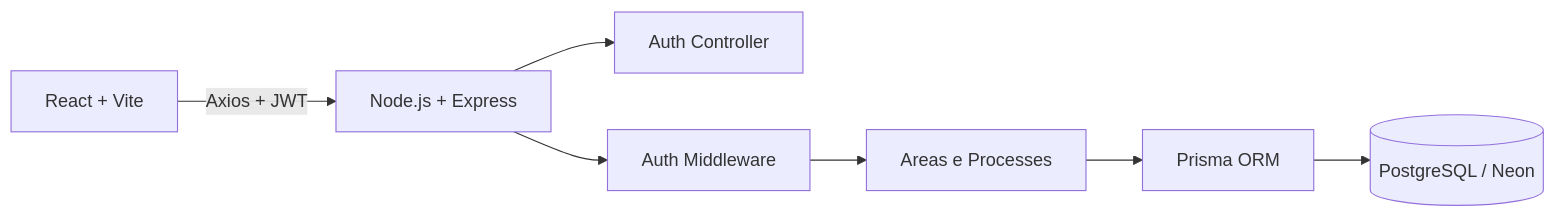
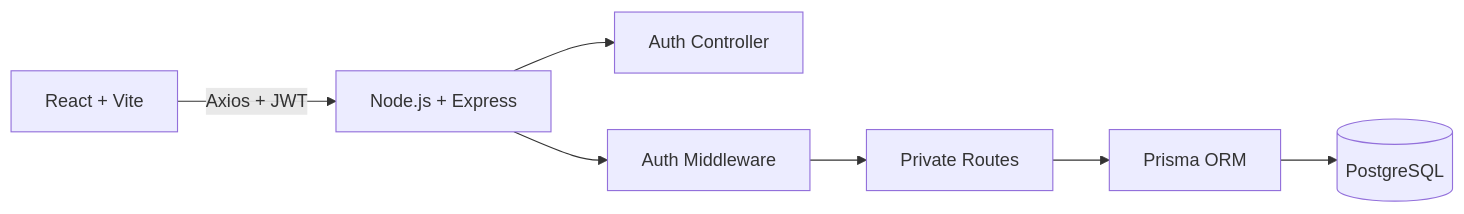
Before and after one commit to RenzoFernandes/process-hub: the first of 2 diagrams in README.md, drawn with Mermaid. The commit also changed other lines of this file and 15 other files, not shown here.

````diff
--- a/README.md
+++ b/README.md
@@ -42,9 +81,9 @@
 ```mermaid
 flowchart LR
-  Browser[React + Vite] -->|Axios + JWT| API[Node.js + Express]
+  Client[React + Vite] -->|Axios + JWT| API[Node.js + Express]
   API --> Auth[Auth Controller]
   API --> Middleware[Auth Middleware]
-  Middleware --> PrivateRoutes[Areas e Processes]
-  PrivateRoutes --> Prisma[Prisma ORM]
-  Prisma --> Database[(PostgreSQL / Neon)]
+  Middleware --> Routes[Private Routes]
+  Routes --> Prisma[Prisma ORM]
+  Prisma --> Database[(PostgreSQL)]
 ```
````
